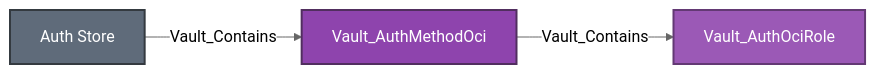
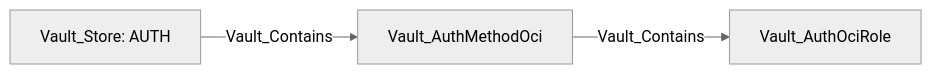
Before and after one commit to bytewreck/opengraph-vault: diagram 17 of 28 in Documentation/stores/AUTH.md, drawn with Mermaid (neutral theme). The commit also changed other lines of this file, not shown here.

````diff
--- a/Documentation/stores/AUTH.md
+++ b/Documentation/stores/AUTH.md
@@ -1028,9 +1028,5 @@
 ```mermaid
 flowchart LR
-    store[Auth Store]:::storeNode -->|Vault_Contains| method[Vault_AuthMethodOci]:::authMethodNode
-    method -->|Vault_Contains| role[Vault_AuthOciRole]:::authRoleNode
-
-    classDef storeNode fill:#5F6B7A,color:#fff,stroke:#343A40,stroke-width:2px
-    classDef authMethodNode fill:#8E44AD,color:#fff,stroke:#512E5F,stroke-width:2px
-    classDef authRoleNode fill:#9B59B6,color:#fff,stroke:#633974,stroke-width:2px
+    store[Vault_Store: AUTH] -->|Vault_Contains| method[Vault_AuthMethodOci]
+    method -->|Vault_Contains| role[Vault_AuthOciRole]
 ```
````
